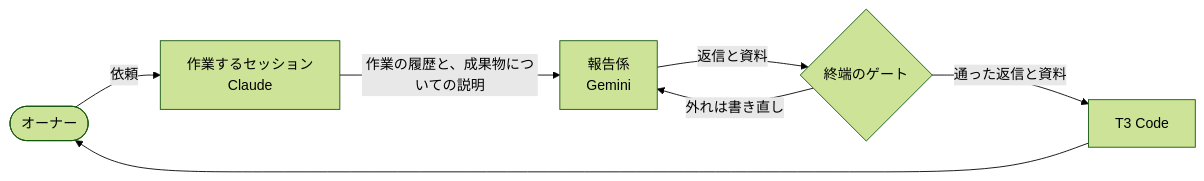
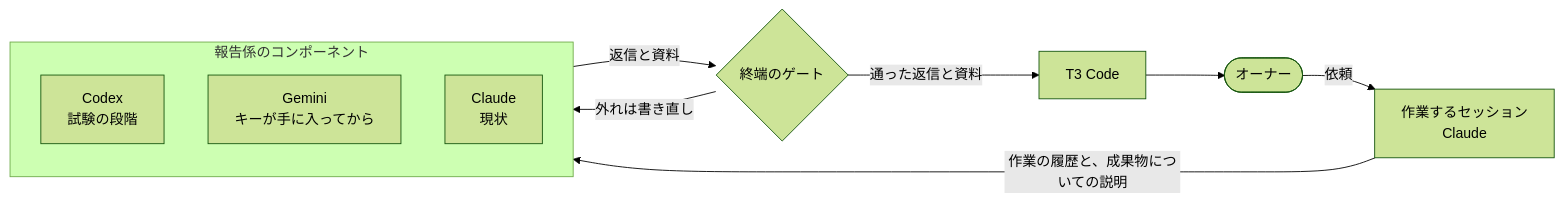
One commit to myurait/pda changed the fourth of 4 diagrams in docs/claude-unification/design-stage2.md. Above: the diagram before and after it, drawn with Mermaid (forest theme). The commit also changed other lines of this file and 3 other files, not shown here.

````diff
--- a/docs/claude-unification/design-stage2.md
+++ b/docs/claude-unification/design-stage2.md
@@ -237,9 +237,15 @@
 ```mermaid
 flowchart LR
   o([オーナー]) -->|依頼| w[作業するセッション<br>Claude]
-  w -->|作業の履歴と、成果物についての説明| r[報告係<br>Gemini]
+  w -->|作業の履歴と、成果物についての説明| r
+  subgraph r[報告係のコンポーネント]
+    direction TB
+    a1[Codex<br>試験の段階]
+    a2[Gemini<br>キーが手に入ってから]
+    a3[Claude<br>現状]
+  end
   r -->|返信と資料| g{終端のゲート}
   g -->|外れは書き直し| r
   g -->|通った返信と資料| t[T3 Code]
   t --> o
 ```
````
